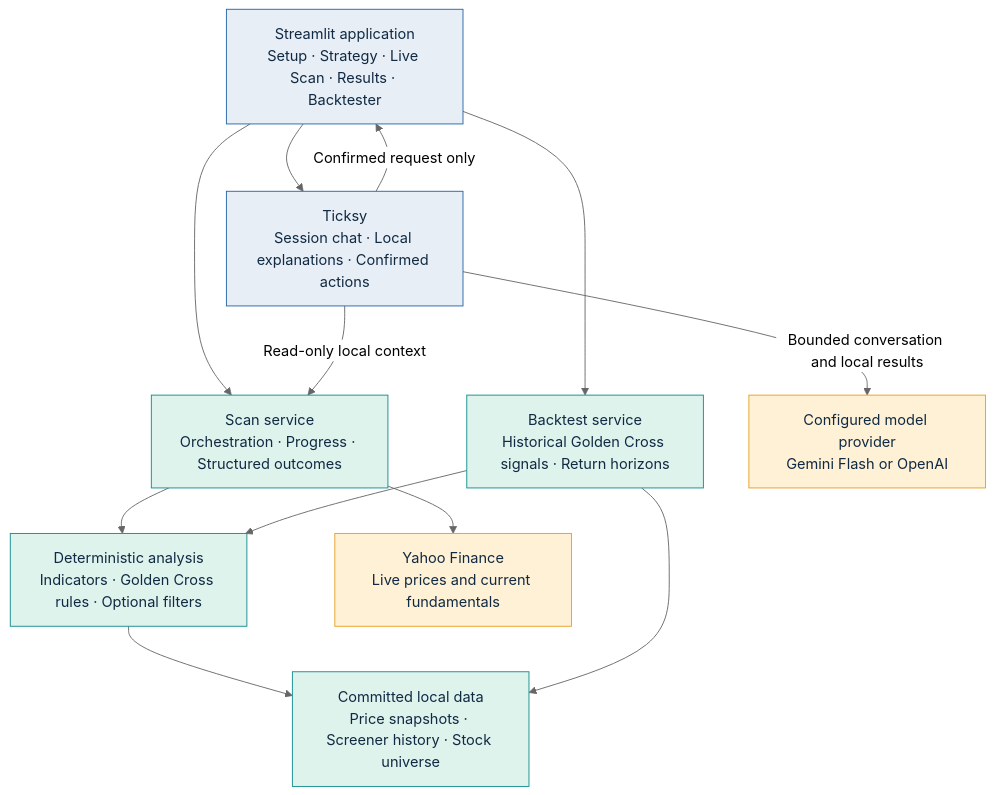
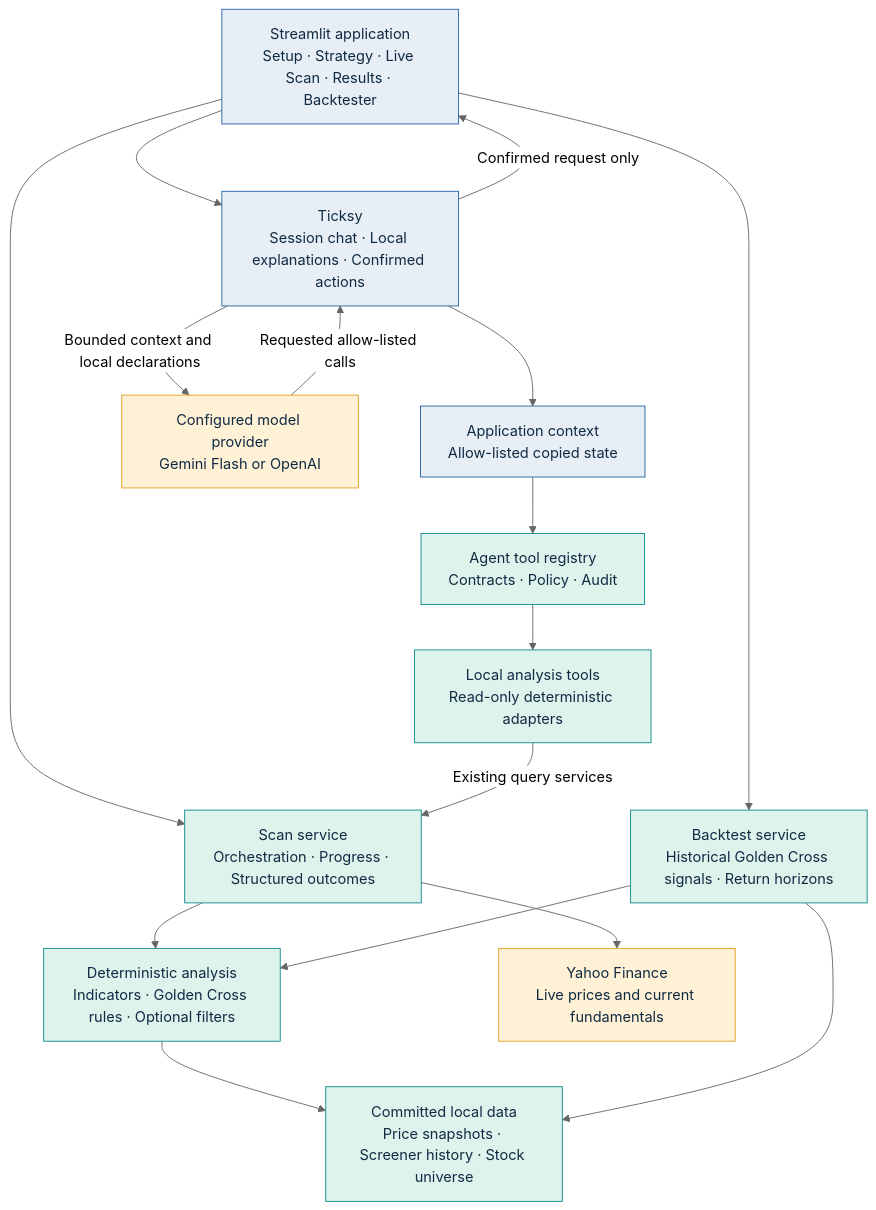
One commit to anshu10virgo/Stock-Analyser-YF changed the diagram in docs/architecture.md. Above: the diagram before and after it, drawn with Mermaid (neutral theme). The commit also changed other lines of this file and 21 other files, not shown here.

Commit message:
Add grounded Ticksy agent tools

````diff
--- a/docs/architecture.md
+++ b/docs/architecture.md
@@ -19,30 +19,37 @@
 ```mermaid
 flowchart TB
     UI["Streamlit application\nSetup · Strategy · Live Scan · Results · Backtester"]
     TICKSY["Ticksy\nSession chat · Local explanations · Confirmed actions"]
+    CONTEXT["Application context\nAllow-listed copied state"]
+    REGISTRY["Agent tool registry\nContracts · Policy · Audit"]
+    TOOLS["Local analysis tools\nRead-only deterministic adapters"]
     SCAN["Scan service\nOrchestration · Progress · Structured outcomes"]
     BACKTEST["Backtest service\nHistorical Golden Cross signals · Return horizons"]
     RULES["Deterministic analysis\nIndicators · Golden Cross rules · Optional filters"]
     LOCAL["Committed local data\nPrice snapshots · Screener history · Stock universe"]
     YAHOO["Yahoo Finance\nLive prices and current fundamentals"]
     PROVIDER["Configured model provider\nGemini Flash or OpenAI"]
 
     UI --> SCAN
     UI --> BACKTEST
     UI --> TICKSY
-    TICKSY -->|"Read-only local context"| SCAN
+    TICKSY --> CONTEXT
+    CONTEXT --> REGISTRY
+    REGISTRY --> TOOLS
+    TOOLS -->|"Existing query services"| SCAN
     TICKSY -->|"Confirmed request only"| UI
-    TICKSY -->|"Bounded conversation and local results"| PROVIDER
+    TICKSY -->|"Bounded context and local declarations"| PROVIDER
+    PROVIDER -->|"Requested allow-listed calls"| TICKSY
     SCAN --> RULES
     BACKTEST --> RULES
     RULES --> LOCAL
     SCAN --> YAHOO
     BACKTEST --> LOCAL
 
     classDef application fill:#e7eef5,stroke:#2563a6,color:#102a43;
     classDef service fill:#dff3ed,stroke:#0f8b8d,color:#102a43;
     classDef external fill:#fff1d6,stroke:#e59f23,color:#102a43;
-    class UI,TICKSY application;
-    class SCAN,BACKTEST,RULES,LOCAL service;
+    class UI,TICKSY,CONTEXT application;
+    class REGISTRY,TOOLS,SCAN,BACKTEST,RULES,LOCAL service;
     class YAHOO,PROVIDER external;
 ```
````
